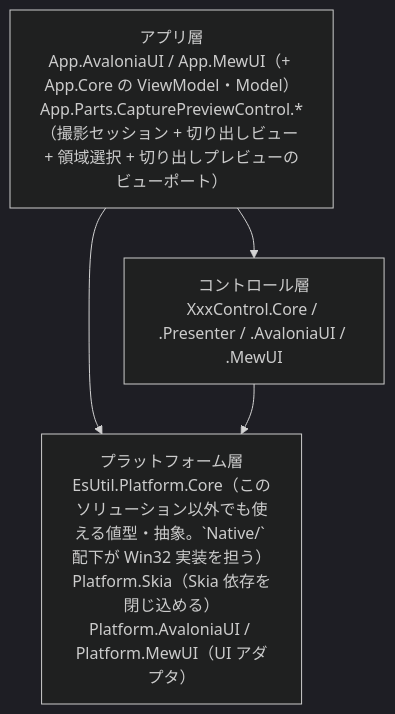
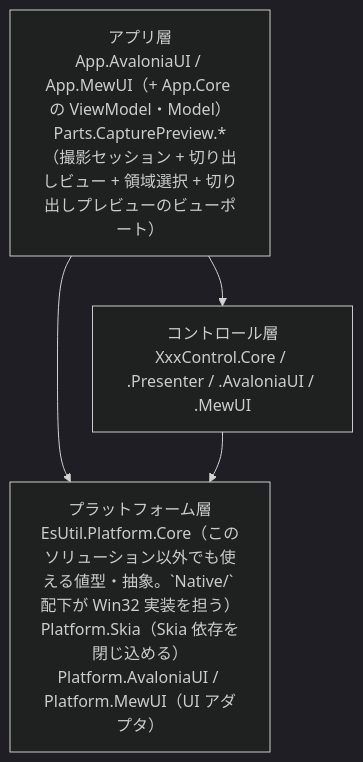
One commit to tomokuni/SaveEvidence changed the first of 2 diagrams in src/README.md. Above: the diagram before and after it, drawn with Mermaid (dark theme). The commit also changed other lines of this file and 248 other files, not shown here.

First line of the commit message:
撮影スタックのプロジェクト名を CapturePreview へ統一する

````diff
--- a/src/README.md
+++ b/src/README.md
@@ -8,9 +8,9 @@
 ```mermaid
 flowchart TB
-    APP["アプリ層<br/>App.AvaloniaUI / App.MewUI（+ App.Core の ViewModel・Model）<br/>App.Parts.CapturePreviewControl.*（撮影セッション + 切り出しビュー + 領域選択 + 切り出しプレビューのビューポート）"]
+    APP["アプリ層<br/>App.AvaloniaUI / App.MewUI（+ App.Core の ViewModel・Model）<br/>Parts.CapturePreview.*（撮影セッション + 切り出しビュー + 領域選択 + 切り出しプレビューのビューポート）"]
     CTRL["コントロール層<br/>XxxControl.Core / .Presenter / .AvaloniaUI / .MewUI"]
     PLAT["プラットフォーム層<br/>EsUtil.Platform.Core（このソリューション以外でも使える値型・抽象。`Native/` 配下が Win32 実装を担う）<br/>Platform.Skia（Skia 依存を閉じ込める）<br/>Platform.AvaloniaUI / Platform.MewUI（UI アダプタ）"]
     APP --> CTRL
     APP --> PLAT
     CTRL --> PLAT
 ```
````
